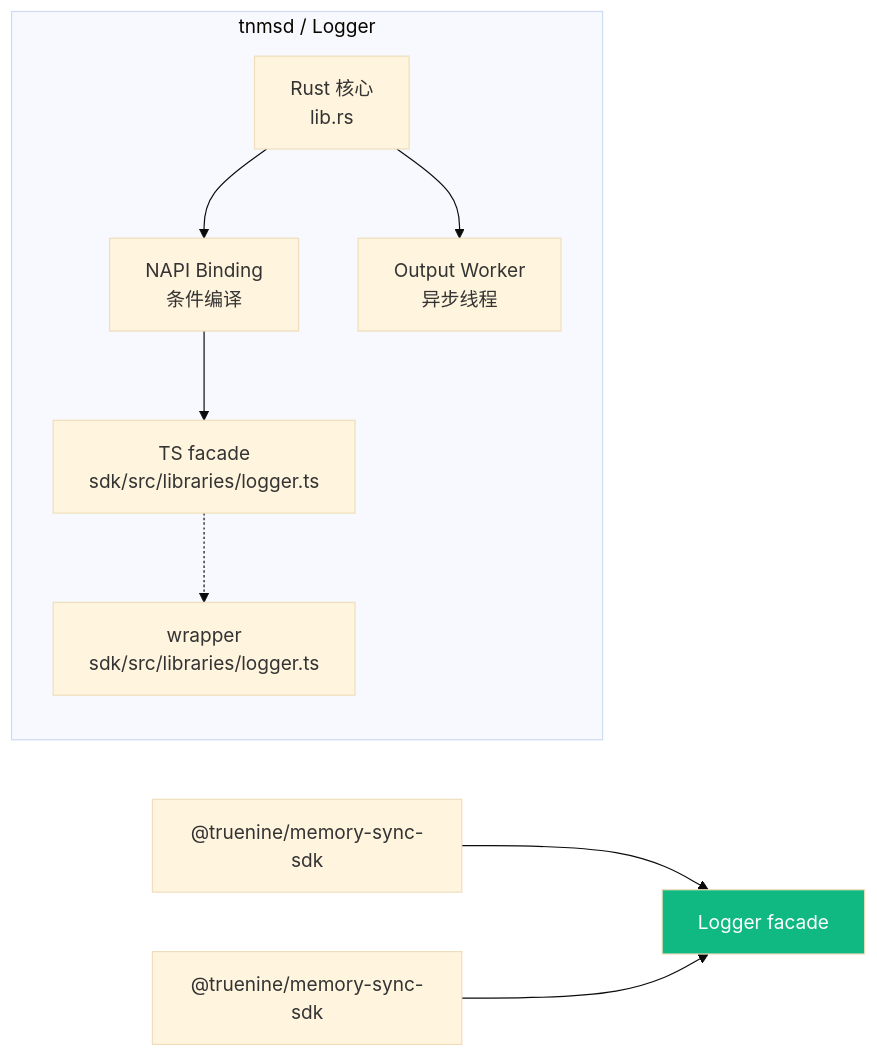
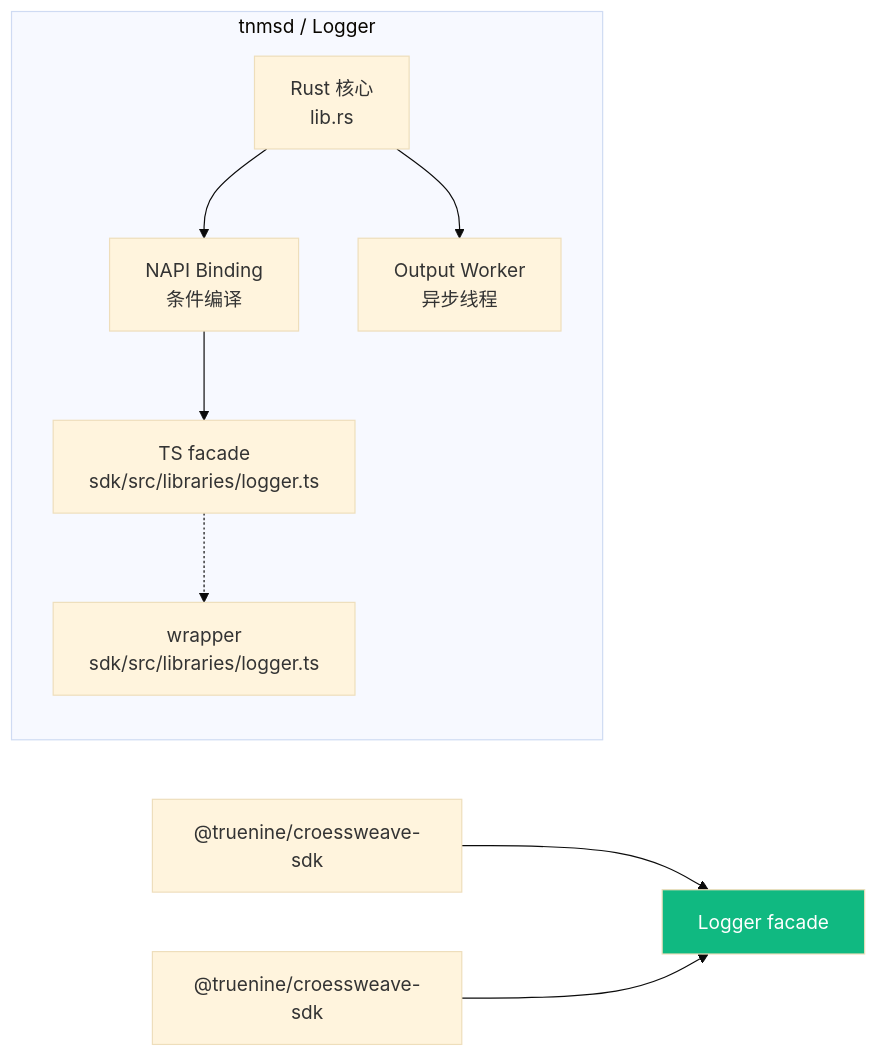
The second of 6 diagrams in doc/content/sdk/architecture.mdx (TrueNine/memory-sync), drawn with Mermaid (base theme) before and after one commit. The commit also changed other lines of this file and 95 other files, not shown here.

First line of the commit message:
refactor: rename memory-sync to croessweave across the codebase

````diff
--- a/doc/content/sdk/architecture.mdx
+++ b/doc/content/sdk/architecture.mdx
@@ -118,20 +118,20 @@
 ```mermaid
 graph LR
-    SDK["@truenine/memory-sync-sdk"] --> LOGGER["Logger facade"]
-    MDC["@truenine/memory-sync-sdk"] --> LOGGER
+    SDK["@truenine/croessweave-sdk"] --> LOGGER["Logger facade"]
+    MDC["@truenine/croessweave-sdk"] --> LOGGER
 
     subgraph Logger["tnmsd / Logger"]
         L_CORE["Rust 核心<br/>lib.rs"]
         L_NAPI["NAPI Binding<br/>条件编译"]
         L_TS["TS facade<br/>sdk/src/libraries/logger.ts"]
         L_WRAPPER["wrapper<br/>sdk/src/libraries/logger.ts"]
         L_WORKER["Output Worker<br/>异步线程"]
     end
 
     L_CORE --> L_NAPI
     L_NAPI --> L_TS
     L_TS -.-> L_WRAPPER
     L_CORE --> L_WORKER
 
     style LOGGER fill:#10b981,color:#fff
 ```
````
